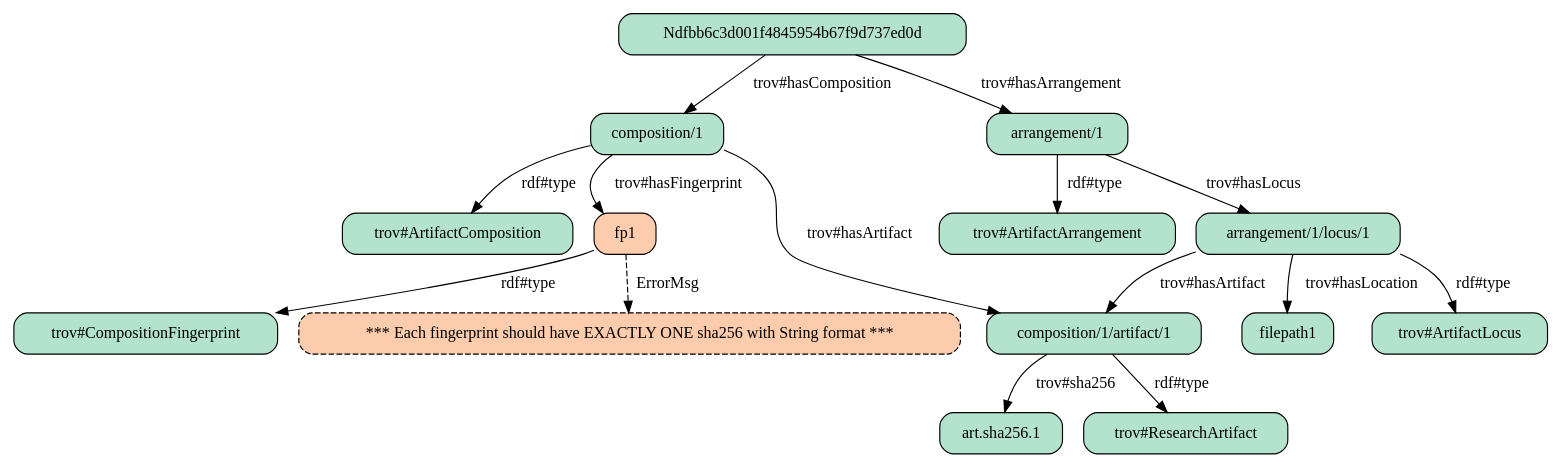
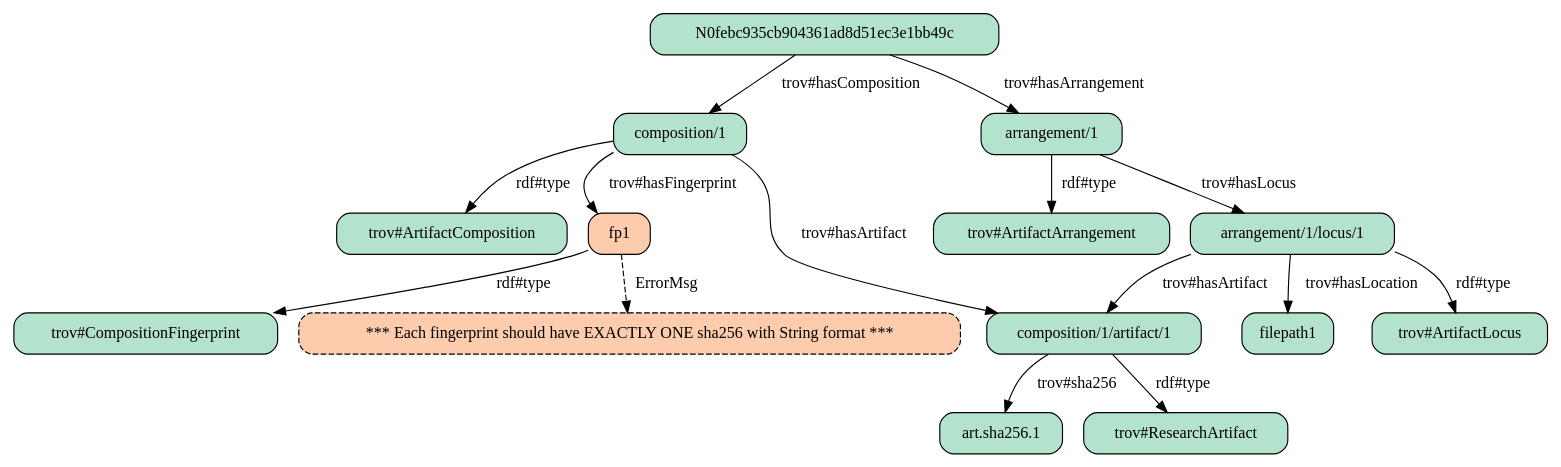
The diagram in demo/02-explorations/12-validate-jsonld/06-test-tro-wrong-cases/products/tro4.gv (repros-dev/trace-model), drawn with Graphviz before and after one commit. The commit also changed 33 other files, not shown here.

```diff
--- a/demo/02-explorations/12-validate-jsonld/06-test-tro-wrong-cases/products/tro4.gv
+++ b/demo/02-explorations/12-validate-jsonld/06-test-tro-wrong-cases/products/tro4.gv
@@ -1,59 +1,59 @@
 strict digraph "" {
 	"composition/1/artifact/1"	[fillcolor="#b3e2cd",
 		shape=box,
 		style="filled, rounded"];
 	"art.sha256.1"	[fillcolor="#b3e2cd",
 		shape=box,
 		style="filled, rounded"];
 	"composition/1/artifact/1" -> "art.sha256.1"	[label="trov#sha256"];
 	"trov#ResearchArtifact"	[fillcolor="#b3e2cd",
 		shape=box,
 		style="filled, rounded"];
 	"composition/1/artifact/1" -> "trov#ResearchArtifact"	[label="rdf#type"];
+	"composition/1"	[fillcolor="#b3e2cd",
+		shape=box,
+		style="filled, rounded"];
+	"composition/1" -> "composition/1/artifact/1"	[label="trov#hasArtifact"];
+	fp1	[fillcolor="#fdccac",
+		shape=box,
+		style="filled, rounded"];
+	"composition/1" -> fp1	[label="trov#hasFingerprint"];
+	"trov#ArtifactComposition"	[fillcolor="#b3e2cd",
+		shape=box,
+		style="filled, rounded"];
+	"composition/1" -> "trov#ArtifactComposition"	[label="rdf#type"];
+	"trov#CompositionFingerprint"	[fillcolor="#b3e2cd",
+		shape=box,
+		style="filled, rounded"];
+	fp1 -> "trov#CompositionFingerprint"	[label="rdf#type"];
+	"*** Each fingerprint should have EXACTLY ONE sha256 with String format ***"	[fillcolor="#fdccac",
+		shape=box,
+		style="filled, rounded, dashed"];
+	fp1 -> "*** Each fingerprint should have EXACTLY ONE sha256 with String format ***"	[label=ErrorMsg,
+		style=dashed];
+	N0febc935cb904361ad8d51ec3e1bb49c	[fillcolor="#b3e2cd",
+		shape=box,
+		style="filled, rounded"];
+	N0febc935cb904361ad8d51ec3e1bb49c -> "composition/1"	[label="trov#hasComposition"];
+	"arrangement/1"	[fillcolor="#b3e2cd",
+		shape=box,
+		style="filled, rounded"];
+	N0febc935cb904361ad8d51ec3e1bb49c -> "arrangement/1"	[label="trov#hasArrangement"];
 	"arrangement/1/locus/1"	[fillcolor="#b3e2cd",
 		shape=box,
 		style="filled, rounded"];
 	"arrangement/1/locus/1" -> "composition/1/artifact/1"	[label="trov#hasArtifact"];
 	filepath1	[fillcolor="#b3e2cd",
 		shape=box,
 		style="filled, rounded"];
 	"arrangement/1/locus/1" -> filepath1	[label="trov#hasLocation"];
 	"trov#ArtifactLocus"	[fillcolor="#b3e2cd",
 		shape=box,
 		style="filled, rounded"];
 	"arrangement/1/locus/1" -> "trov#ArtifactLocus"	[label="rdf#type"];
-	fp1	[fillcolor="#fdccac",
-		shape=box,
-		style="filled, rounded"];
-	"trov#CompositionFingerprint"	[fillcolor="#b3e2cd",
-		shape=box,
-		style="filled, rounded"];
-	fp1 -> "trov#CompositionFingerprint"	[label="rdf#type"];
-	"*** Each fingerprint should have EXACTLY ONE sha256 with String format ***"	[fillcolor="#fdccac",
-		shape=box,
-		style="filled, rounded, dashed"];
-	fp1 -> "*** Each fingerprint should have EXACTLY ONE sha256 with String format ***"	[label=ErrorMsg,
-		style=dashed];
-	Ndfbb6c3d001f4845954b67f9d737ed0d	[fillcolor="#b3e2cd",
-		shape=box,
-		style="filled, rounded"];
-	"composition/1"	[fillcolor="#b3e2cd",
-		shape=box,
-		style="filled, rounded"];
-	Ndfbb6c3d001f4845954b67f9d737ed0d -> "composition/1"	[label="trov#hasComposition"];
-	"arrangement/1"	[fillcolor="#b3e2cd",
-		shape=box,
-		style="filled, rounded"];
-	Ndfbb6c3d001f4845954b67f9d737ed0d -> "arrangement/1"	[label="trov#hasArrangement"];
-	"composition/1" -> "composition/1/artifact/1"	[label="trov#hasArtifact"];
-	"composition/1" -> fp1	[label="trov#hasFingerprint"];
-	"trov#ArtifactComposition"	[fillcolor="#b3e2cd",
-		shape=box,
-		style="filled, rounded"];
-	"composition/1" -> "trov#ArtifactComposition"	[label="rdf#type"];
 	"arrangement/1" -> "arrangement/1/locus/1"	[label="trov#hasLocus"];
 	"trov#ArtifactArrangement"	[fillcolor="#b3e2cd",
 		shape=box,
 		style="filled, rounded"];
 	"arrangement/1" -> "trov#ArtifactArrangement"	[label="rdf#type"];
 }
```
